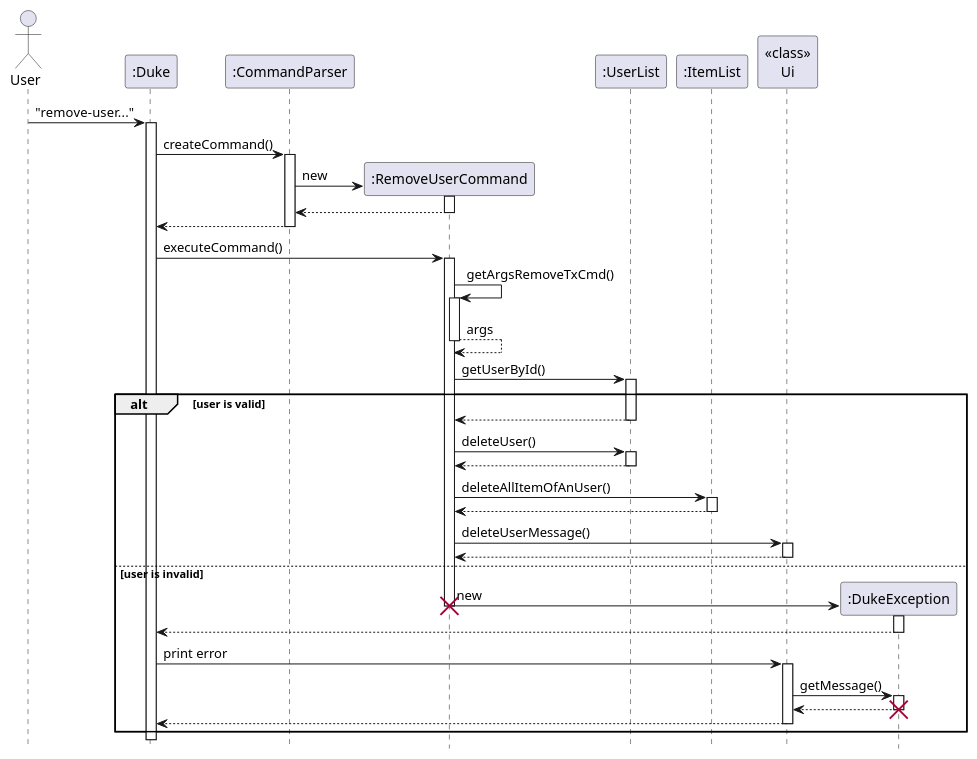
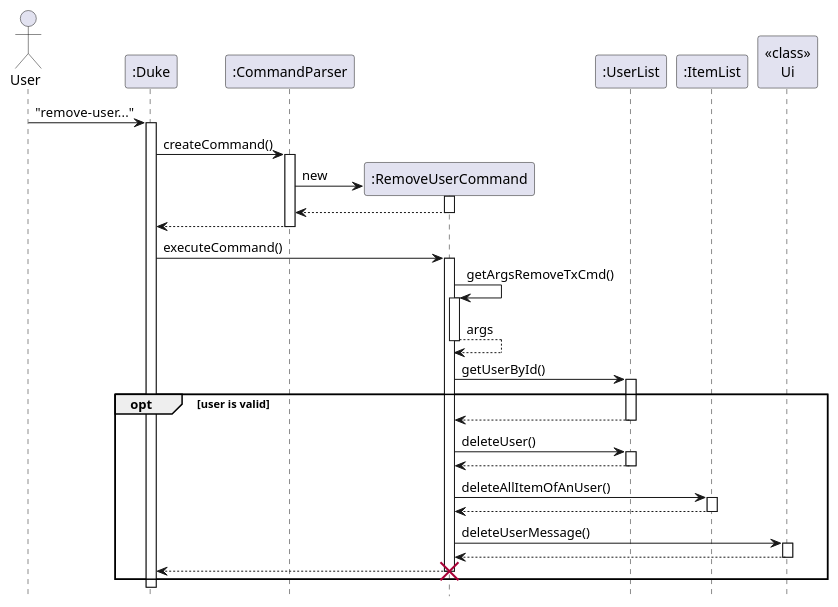
The diagram in docs/diagrams/user/RemoveUserSequence.puml (nus-cs2113-AY2223S1/tp), drawn with PlantUML before and after one commit. The commit also changed 16 other files, not shown here.

Commit message:
Simplify Sequence diagram and fix class diagram

```diff
--- a/docs/diagrams/user/RemoveUserSequence.puml
+++ b/docs/diagrams/user/RemoveUserSequence.puml
@@ -1,54 +1,41 @@
 @startuml
 hide footbox
 
 Actor User
 "User" -> ":Duke": "remove-user..."
 activate ":Duke"
 ":Duke" -> ":CommandParser": createCommand()
 activate ":CommandParser"
 ":CommandParser" -> ":RemoveUserCommand"**: new
 activate ":RemoveUserCommand"
 return
 ":CommandParser" --> ":Duke"
 deactivate
 
 ":Duke" -> ":RemoveUserCommand" : executeCommand()
 activate ":RemoveUserCommand"
 ":RemoveUserCommand" -> ":RemoveUserCommand": getArgsRemoveTxCmd()
 activate ":RemoveUserCommand"
 return args
     ":RemoveUserCommand" -> ":UserList": getUserById()
     activate ":UserList"
-alt user is valid
+opt user is valid
     ":UserList" --> ":RemoveUserCommand":
     deactivate ":UserList"
 
     ":RemoveUserCommand" -> ":UserList": deleteUser()
     activate ":UserList"
     return
     ":RemoveUserCommand" -> ":ItemList": deleteAllItemOfAnUser()
     activate ":ItemList"
     return
     ":RemoveUserCommand" -> "<<class>>\nUi": deleteUserMessage()
     activate "<<class>>\nUi"
     return
     deactivate "<<class>>\nUi"
     deactivate ":UserList"
-else user is invalid
-    ":RemoveUserCommand" -> ":DukeException"** : new
+    ":RemoveUserCommand" --> ":Duke"
     destroy ":RemoveUserCommand"
-    activate ":DukeException"
-    ":DukeException" --> ":Duke"
-     deactivate ":DukeException"
-     ":Duke" -> "<<class>>\nUi" : print error
-     activate "<<class>>\nUi"
-     "<<class>>\nUi" -> ":DukeException": getMessage()
-     activate ":DukeException"
-     return
-     destroy ":DukeException"
-     "<<class>>\nUi" --> ":Duke"
-     deactivate "<<class>>\nUi"
 end
-deactivate ":RemoveUserCommand"
 
 @enduml
```
